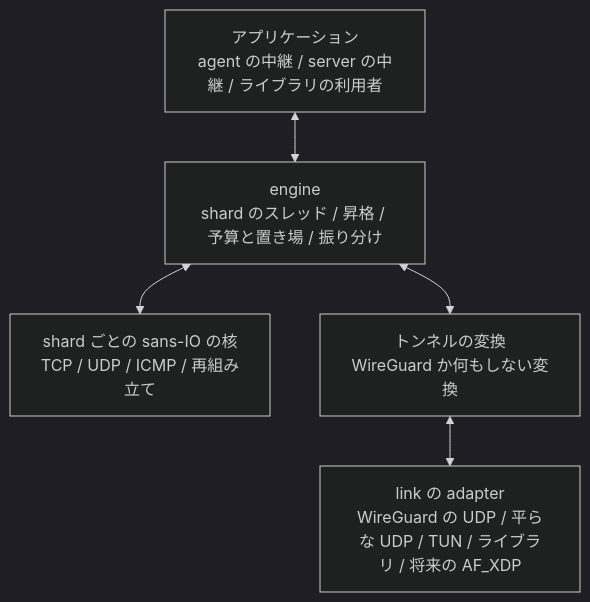
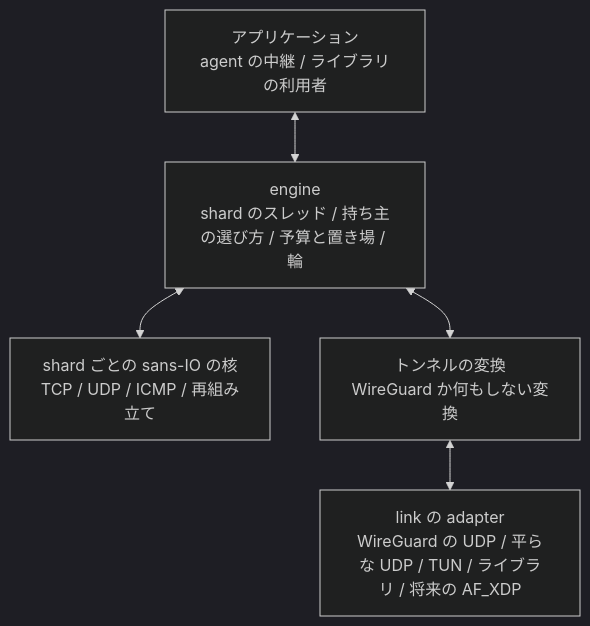
The first of 2 diagrams in docs/design/proposals/parallel-engine/api.md (rahanahu/wgft), drawn with Mermaid (dark theme) before and after one commit. The commit also changed other lines of this file and 6 other files, not shown here.

````diff
--- a/docs/design/proposals/parallel-engine/api.md
+++ b/docs/design/proposals/parallel-engine/api.md
@@ -10,12 +10,12 @@
 ```mermaid
 flowchart TB
-  APP[アプリケーション<br/>agent の中継 / server の中継 / ライブラリの利用者]
-  ENG[engine<br/>shard のスレッド / 昇格 / 予算と置き場 / 振り分け]
+  APP[アプリケーション<br/>agent の中継 / ライブラリの利用者]
+  ENG[engine<br/>shard のスレッド / 持ち主の選び方 / 予算と置き場 / 輪]
   CORE[shard ごとの sans-IO の核<br/>TCP / UDP / ICMP / 再組み立て]
   TR[トンネルの変換<br/>WireGuard か何もしない変換]
   LINK[link の adapter<br/>WireGuard の UDP / 平らな UDP / TUN / ライブラリ / 将来の AF_XDP]
   APP <--> ENG
   ENG <--> CORE
   ENG <--> TR
   TR <--> LINK
 ```
````
